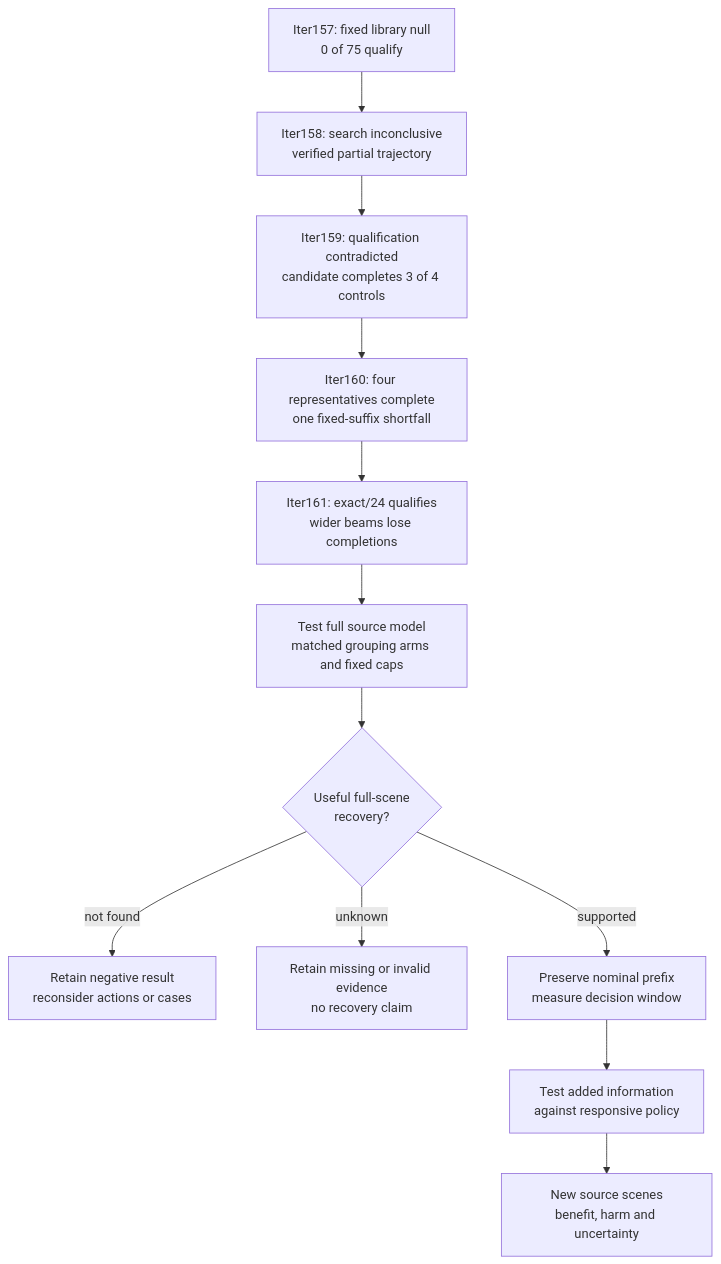
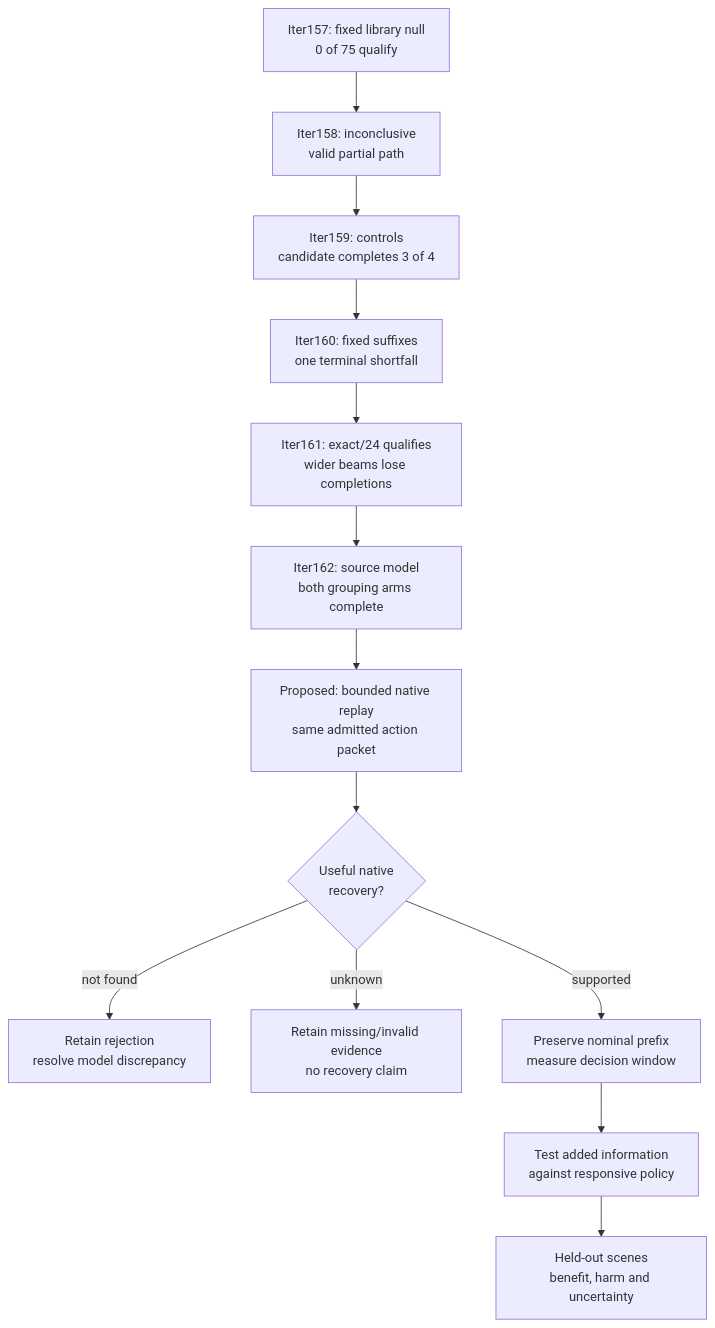
Before and after one commit to manfromnowhere143/sentinel: the third of 3 diagrams in README.md, drawn with Mermaid. The commit also changed other lines of this file and 25 other files, not shown here.

Commit message:
Close source qualification with two admitted paths and bounded native next step

````diff
--- a/README.md
+++ b/README.md
@@ -568,16 +587,17 @@
 ```mermaid
 flowchart TB
-  accTitle: The proposed route from collision replay to information benefit
-  accDescr: Synthetic qualification opens a source-model test. Useful native recovery must precede information testing.
-  C["Iter157: fixed library null<br/>0 of 75 qualify"] --> A["Iter158: search inconclusive<br/>verified partial trajectory"]
-  A --> Q["Iter159: qualification contradicted<br/>candidate completes 3 of 4 controls"]
-  Q --> K["Iter160: four representatives complete<br/>one fixed-suffix shortfall"]
+  accTitle: From model completion to information benefit
+  accDescr: Six retained results precede proposed native replay and information testing.
+  C["Iter157: fixed library null<br/>0 of 75 qualify"] --> A["Iter158: inconclusive<br/>valid partial path"]
+  A --> Q["Iter159: controls<br/>candidate completes 3 of 4"]
+  Q --> K["Iter160: fixed suffixes<br/>one terminal shortfall"]
   K --> G["Iter161: exact/24 qualifies<br/>wider beams lose completions"]
-  G --> S["Test full source model<br/>matched grouping arms and fixed caps"]
-  S --> R{"Useful full-scene<br/>recovery?"}
-  R -- "not found" --> N["Retain negative result<br/>reconsider actions or cases"]
-  R -- "unknown" --> U["Retain missing or invalid evidence<br/>no recovery claim"]
+  G --> S["Iter162: source model<br/>both grouping arms complete"]
+  S --> V["Proposed: bounded native replay<br/>same admitted action packet"]
+  V --> R{"Useful native<br/>recovery?"}
+  R -- "not found" --> N["Retain rejection<br/>resolve model discrepancy"]
+  R -- "unknown" --> U["Retain missing/invalid evidence<br/>no recovery claim"]
   R -- "supported" --> W["Preserve nominal prefix<br/>measure decision window"]
   W --> I["Test added information<br/>against responsive policy"]
-  I --> H["New source scenes<br/>benefit, harm and uncertainty"]
+  I --> H["Held-out scenes<br/>benefit, harm and uncertainty"]
 ```
````
